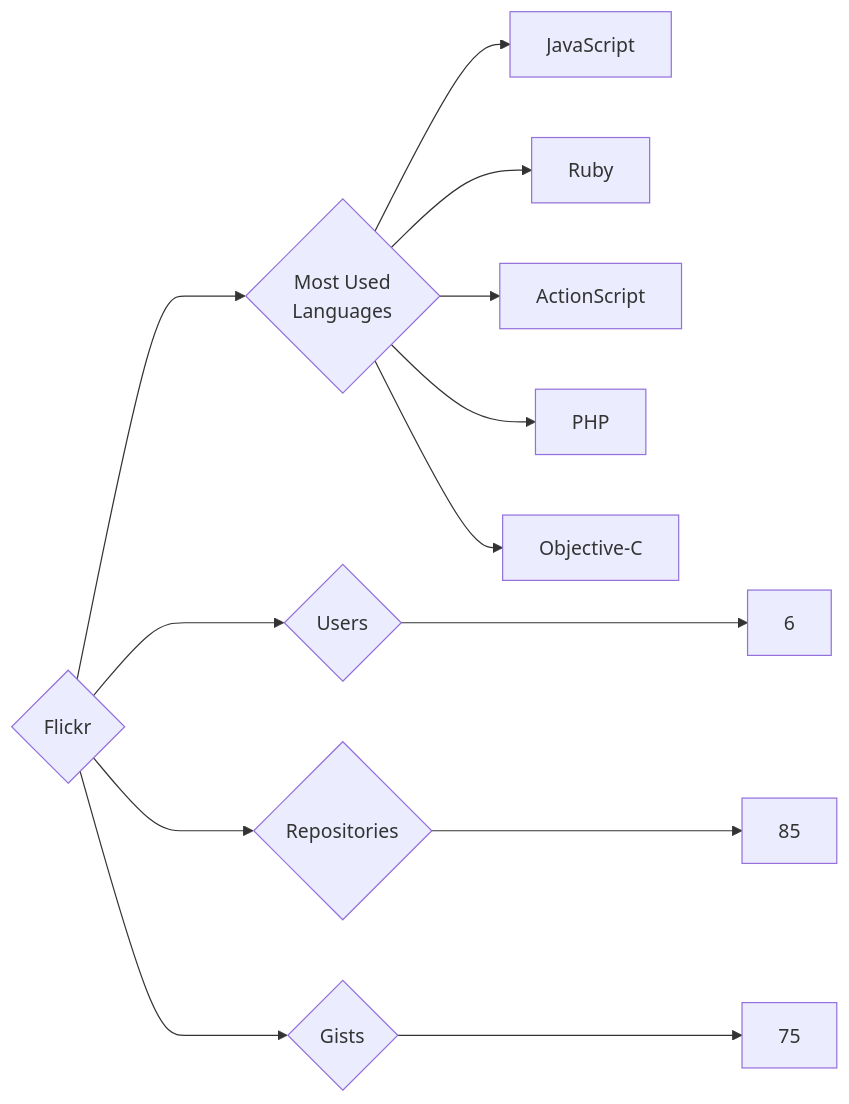
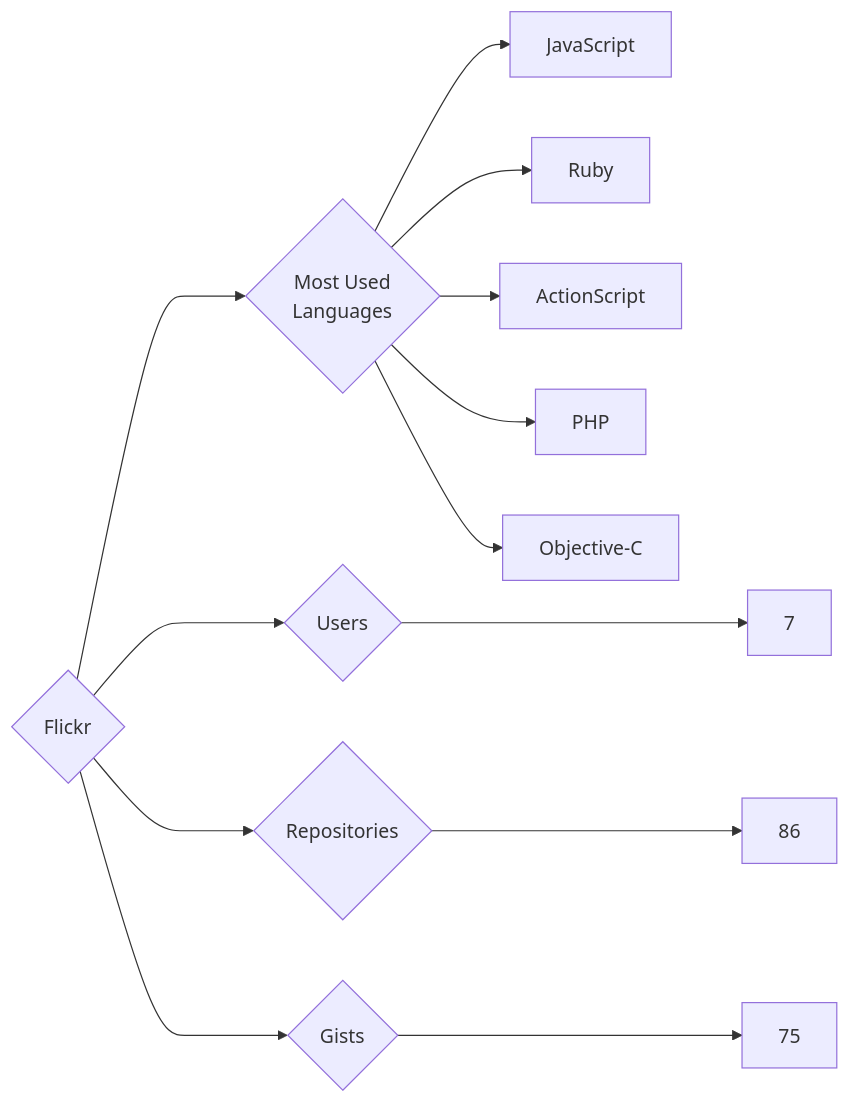
Before and after one commit to trickest/insiders: the diagram in targets/Flickr/README.md, drawn with Mermaid. The commit also changed 736 other files, not shown here.

````diff
--- a/targets/Flickr/README.md
+++ b/targets/Flickr/README.md
@@ -3,13 +3,13 @@
 ```mermaid
 graph LR
 COMPANY_NAME{Flickr}
-COMPANY_NAME ---> U{Users} ---> UN[6]
-COMPANY_NAME ---> R{Repositories} ---> RN[85]
+COMPANY_NAME ---> U{Users} ---> UN[7]
+COMPANY_NAME ---> R{Repositories} ---> RN[86]
 COMPANY_NAME ---> G{Gists} ---> GN[75]
 COMPANY_NAME ---> ML{Most Used<br>Languages}
 ML --> JavaScript[JavaScript]
 ML --> Ruby[Ruby]
 ML --> ActionScript[ActionScript]
 ML --> PHP[PHP]
 ML --> Objective-C[Objective-C]
 ```
````
